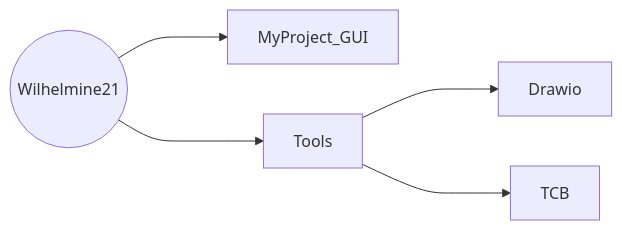
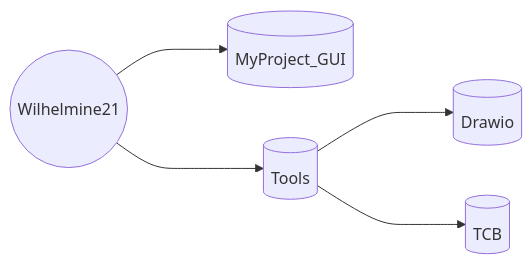
One commit to Wilhelmine21/Wilhelmine21 changed the first of 10 diagrams in README.md. Above: the diagram before and after it, drawn with Mermaid. The commit also changed other lines of this file, not shown here.

````diff
--- a/README.md
+++ b/README.md
@@ -7,8 +7,8 @@
 ```mermaid
 graph LR;
-Wilhelmine21((Wilhelmine21)) ---> MyProject_GUI
-Wilhelmine21((Wilhelmine21)) ---> Tools
+Wilhelmine21((Wilhelmine21)) ---> MyProject_GUI[(MyProject_GUI)]
+Wilhelmine21 ---> Tools[(Tools)]
 
-Tools ---> Drawio
-Tools ---> TCB
+Tools ---> Drawio[(Drawio)]
+Tools ---> TCB[(TCB)]
 ```
````
